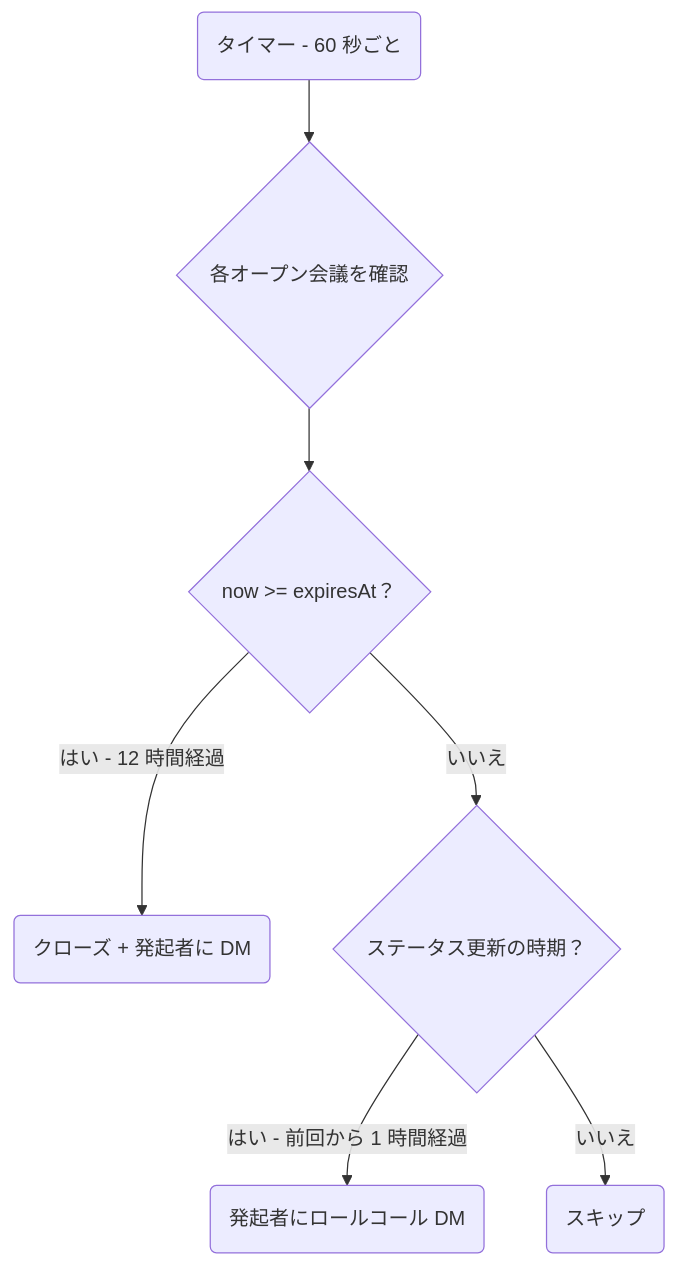
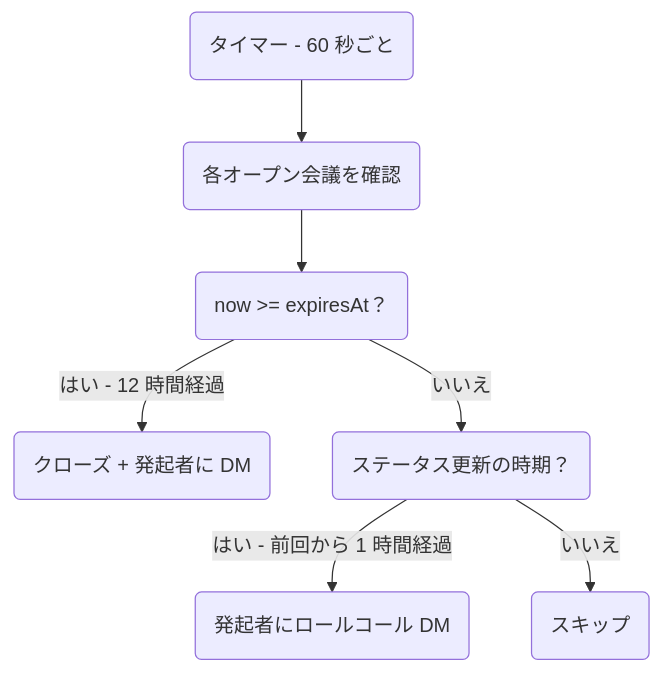
One commit to javana3/claw_meeting_all changed the sixth of 7 diagrams in README.ja.md. Above: the diagram before and after it, drawn with Mermaid. The commit also changed other lines of this file and 4 other files, not shown here.

First line of the commit message:
docs: round all diagram nodes and update colors across 5 languages

````diff
--- a/README.ja.md
+++ b/README.ja.md
@@ -157,9 +157,9 @@
 ```mermaid
 graph TD
-    A(タイマー - 60 秒ごと) --> B{各オープン会議を確認}
-    B --> C{now >= expiresAt？}
+    A(タイマー - 60 秒ごと) --> B(各オープン会議を確認)
+    B --> C(now >= expiresAt？)
     C -->|はい - 12 時間経過| D(クローズ + 発起者に DM)
-    C -->|いいえ| E{ステータス更新の時期？}
+    C -->|いいえ| E(ステータス更新の時期？)
     E -->|はい - 前回から 1 時間経過| F(発起者にロールコール DM)
     E -->|いいえ| G(スキップ)
 ```
````
